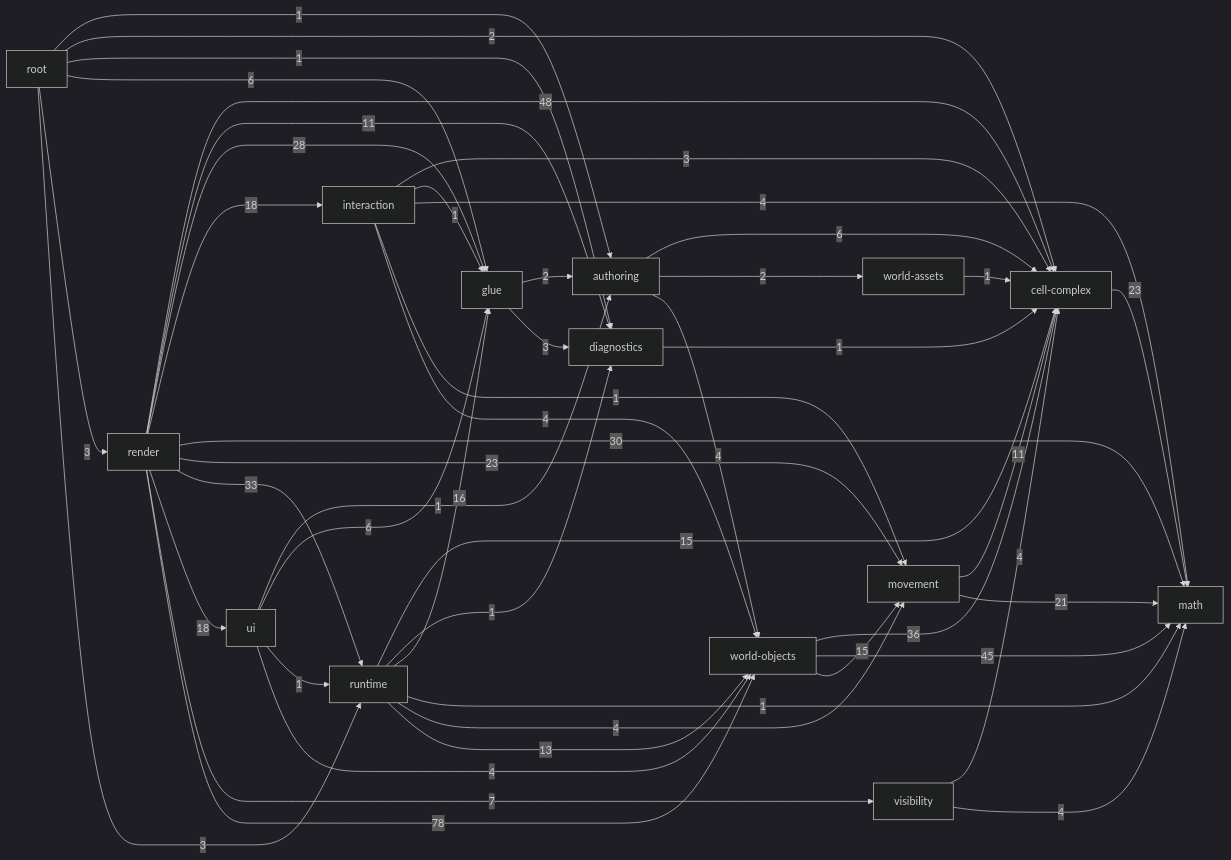
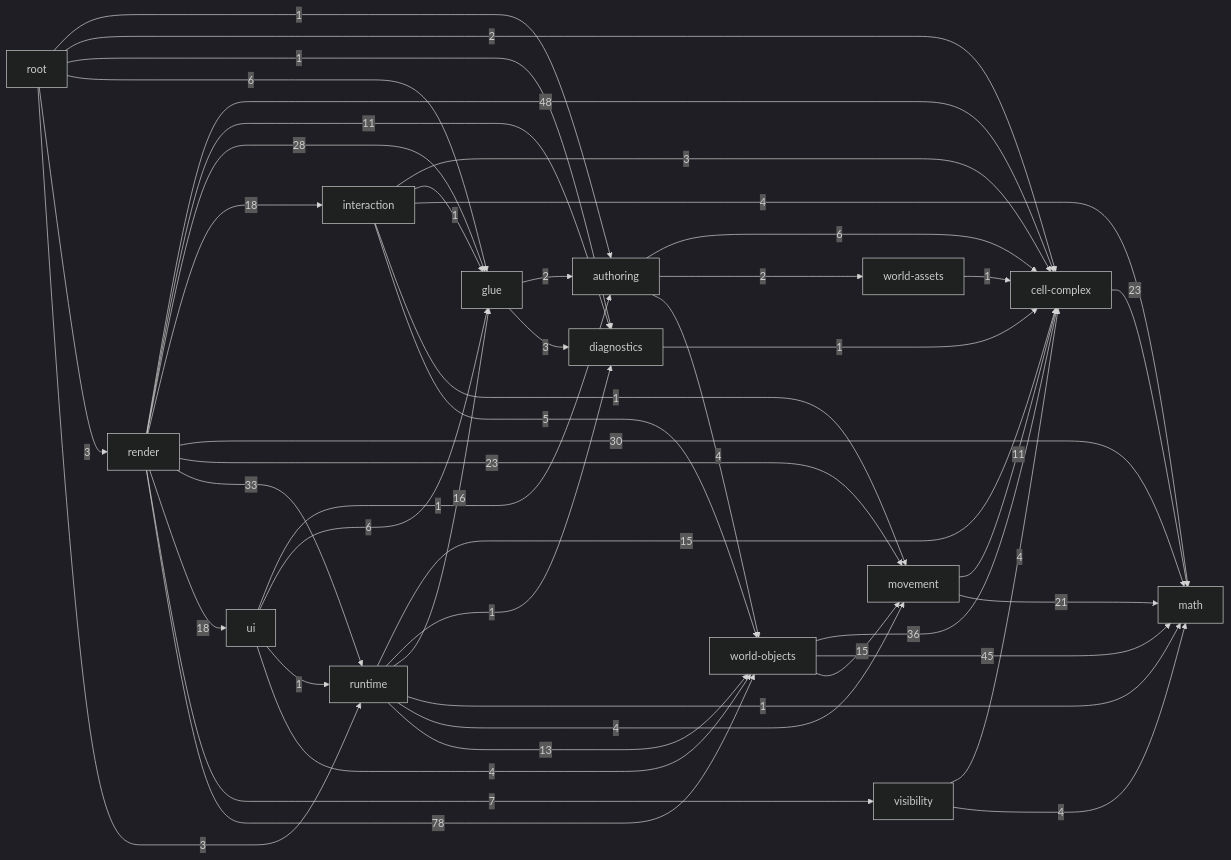
One commit to guraltsev/noneuclid-fpv changed the diagram in _docs/generated/ARCHITECTURE_REFERENCE.md. Above: the diagram before and after it, drawn with Mermaid (dark theme). The commit also changed other lines of this file and 8 other files, not shown here.

````diff
--- a/_docs/generated/ARCHITECTURE_REFERENCE.md
+++ b/_docs/generated/ARCHITECTURE_REFERENCE.md
@@ -35,63 +35,63 @@
 ```mermaid
 flowchart LR
   math["math"]
   cell_complex["cell-complex"]
   diagnostics["diagnostics"]
   visibility["visibility"]
   movement["movement"]
   world_assets["world-assets"]
   world_objects["world-objects"]
   authoring["authoring"]
   glue["glue"]
   interaction["interaction"]
   runtime["runtime"]
   ui["ui"]
   render["render"]
   root["root"]
   authoring -->|6| cell_complex
   authoring -->|2| world_assets
   authoring -->|4| world_objects
   cell_complex -->|23| math
   diagnostics -->|1| cell_complex
   glue -->|2| authoring
   glue -->|3| diagnostics
   interaction -->|3| cell_complex
   interaction -->|1| glue
   interaction -->|4| math
   interaction -->|1| movement
-  interaction -->|4| world_objects
+  interaction -->|5| world_objects
   movement -->|11| cell_complex
   movement -->|21| math
   render -->|48| cell_complex
   render -->|11| diagnostics
   render -->|28| glue
   render -->|18| interaction
   render -->|30| math
   render -->|23| movement
   render -->|33| runtime
   render -->|18| ui
   render -->|7| visibility
   render -->|78| world_objects
   root -->|1| authoring
   root -->|2| cell_complex
   root -->|1| diagnostics
   root -->|6| glue
   root -->|3| render
   root -->|3| runtime
   runtime -->|15| cell_complex
   runtime -->|1| diagnostics
   runtime -->|16| glue
   runtime -->|1| math
   runtime -->|4| movement
   runtime -->|13| world_objects
   ui -->|1| authoring
   ui -->|6| glue
   ui -->|1| runtime
   ui -->|4| world_objects
   visibility -->|4| cell_complex
   visibility -->|4| math
   world_assets -->|1| cell_complex
   world_objects -->|36| cell_complex
   world_objects -->|45| math
   world_objects -->|15| movement
 ```
````
